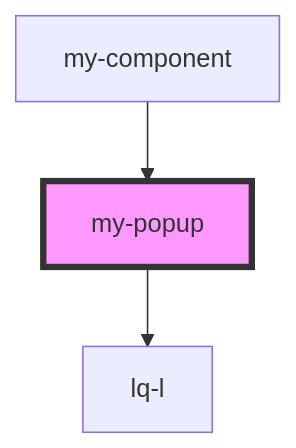
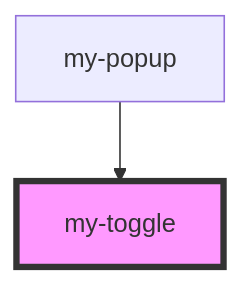
One commit to insiders-technologies/stencil-minimal-component changed the diagram in src/components/readme.md. Above: the diagram before and after it, drawn with Mermaid. The commit also changed other lines of this file and 2 other files, not shown here.

First line of the commit message:
The minimal component now gives the error.

````diff
--- a/src/components/readme.md
+++ b/src/components/readme.md
@@ -26,6 +22,5 @@
 ```mermaid
 graph TD;
-  my-popup --> lq-l
-  my-component --> my-popup
-  style my-popup fill:#f9f,stroke:#333,stroke-width:4px
+  my-popup --> my-toggle
+  style my-toggle fill:#f9f,stroke:#333,stroke-width:4px
 ```
````
